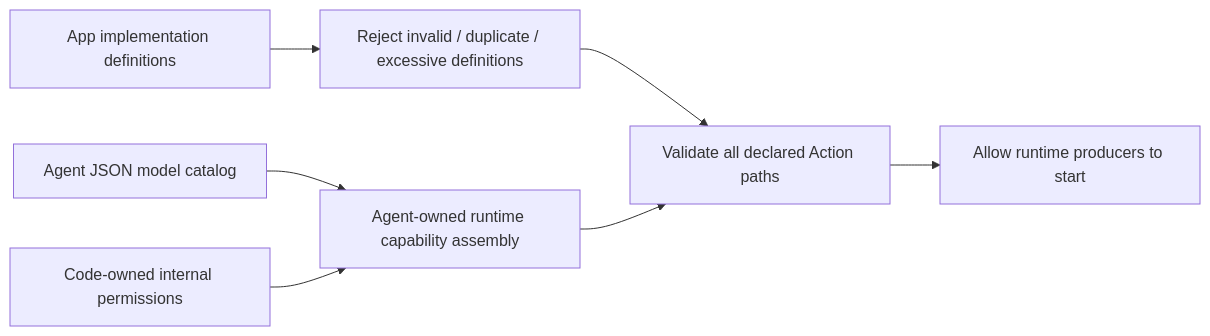
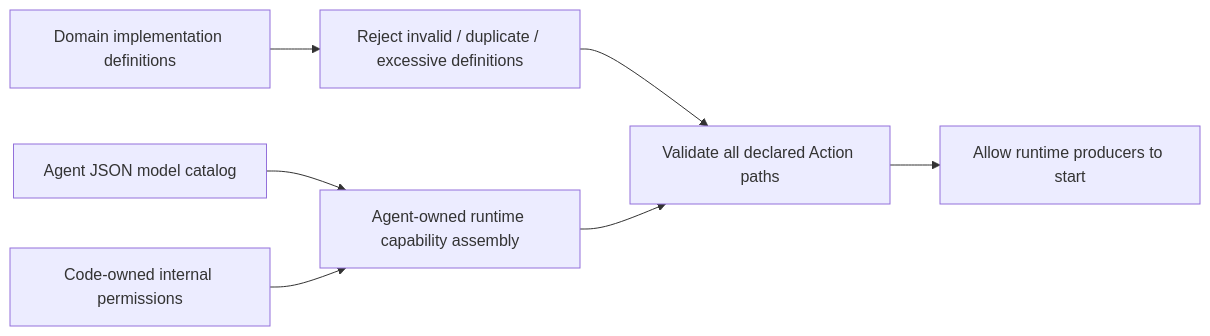
One commit to devilyouwei/MobileHarness changed the first of 3 diagrams in MobileHarness/Actions/Runtime/README.md. Above: the diagram before and after it, drawn with Mermaid. The commit also changed other lines of this file and 103 other files, not shown here.

````diff
--- a/MobileHarness/Actions/Runtime/README.md
+++ b/MobileHarness/Actions/Runtime/README.md
@@ -25,9 +26,9 @@
 ```mermaid
 flowchart LR
-    Definitions[App implementation definitions] --> Registry[Reject invalid / duplicate / excessive definitions]
+    Definitions[Domain implementation definitions] --> Registry[Reject invalid / duplicate / excessive definitions]
     JSON[Agent JSON model catalog] --> Capabilities[Agent-owned runtime capability assembly]
     Internal[Code-owned internal permissions] --> Capabilities
     Registry --> Check[Validate all declared Action paths]
     Capabilities --> Check
     Check --> Start[Allow runtime producers to start]
 ```
````
